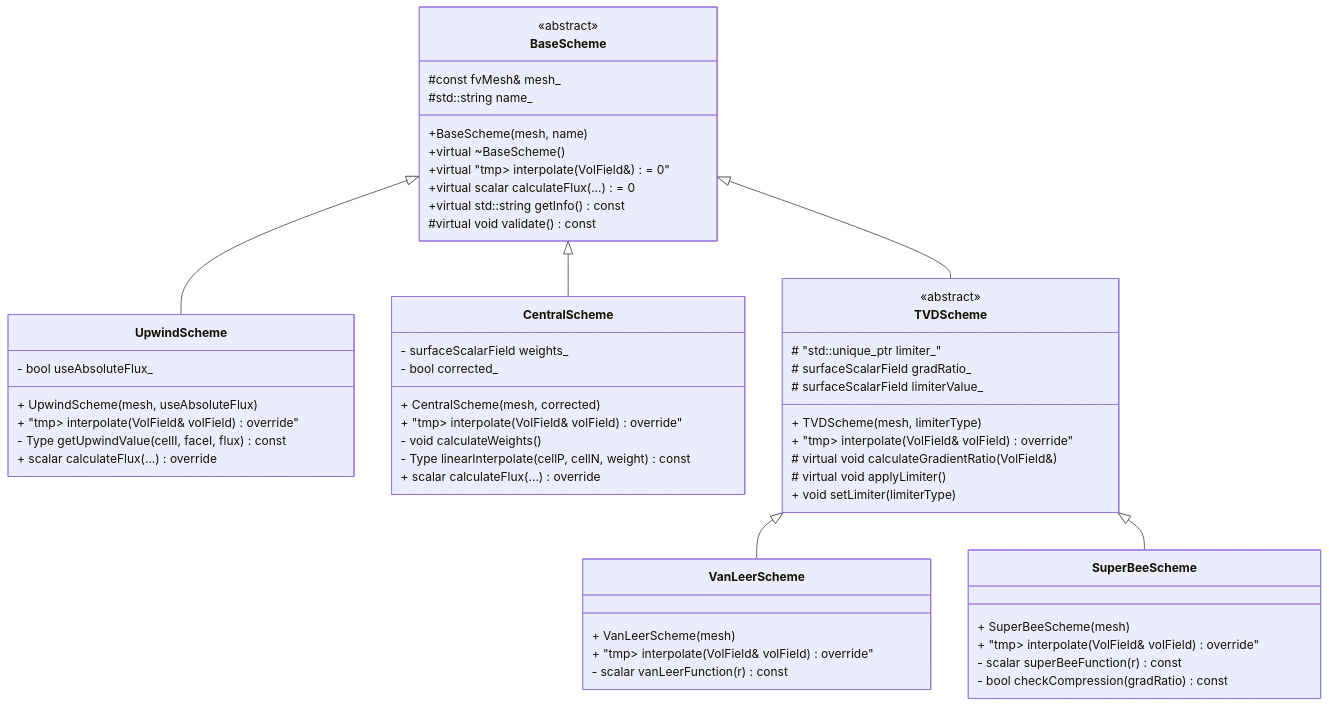
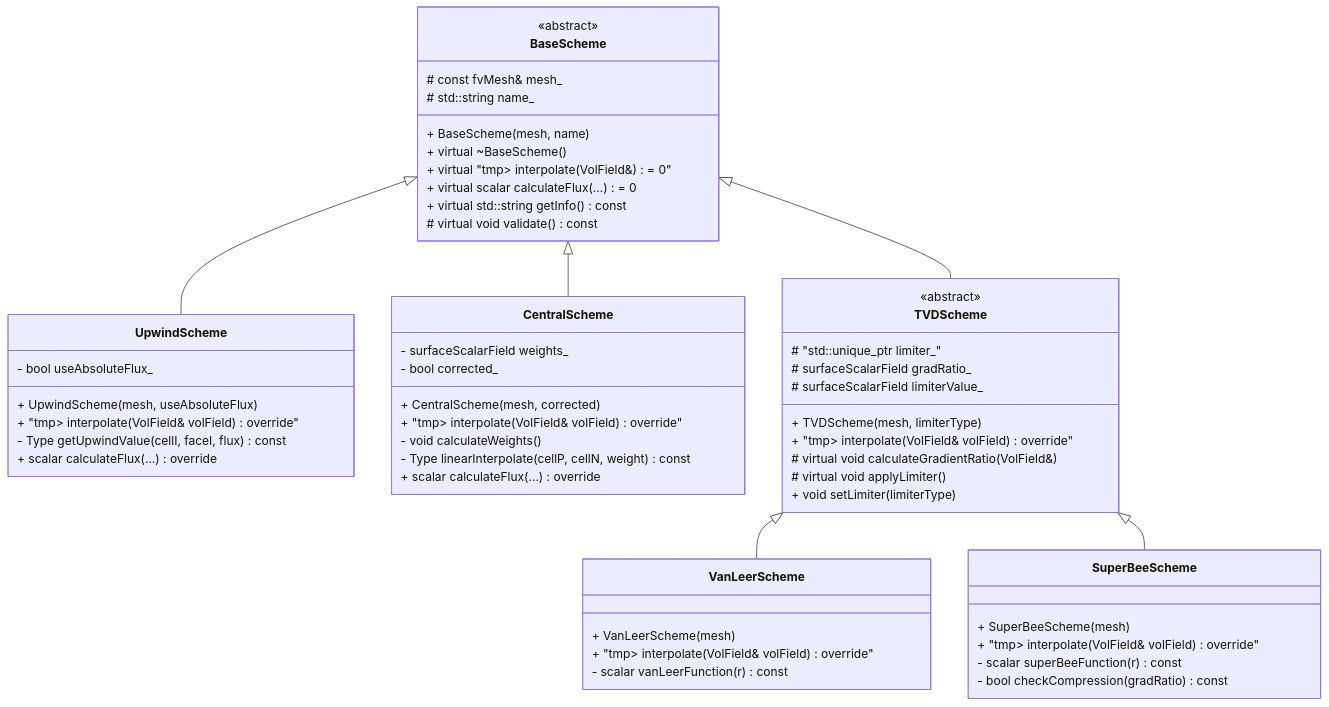
Before and after one commit to wramet/build-my-cfd: the second of 2 diagrams in daily_learning/2026-01-03.md, drawn with Mermaid. The commit also changed other lines of this file, not shown here.

Commit message:
Final syntax polish for Day 03: remove orphan backticks and standardize Mermaid spacing

````diff
--- a/daily_learning/2026-01-03.md
+++ b/daily_learning/2026-01-03.md
@@ -974,65 +974,65 @@
 ```mermaid
 classDiagram
     direction TB
     
     class BaseScheme {
         <<abstract>>
-        #const fvMesh& mesh_
-        #std::string name_
-        +BaseScheme(mesh, name)
-        +virtual ~BaseScheme()
-        +virtual "tmp<SurfaceField<Type>> interpolate(VolField<Type>&) = 0"
-        +virtual scalar calculateFlux(...) = 0
-        +virtual std::string getInfo() const
-        #virtual void validate() const
+        # const fvMesh& mesh_
+        # std::string name_
+        + BaseScheme(mesh, name)
+        + virtual ~BaseScheme()
+        + virtual "tmp<SurfaceField<Type>> interpolate(VolField<Type>&) = 0"
+        + virtual scalar calculateFlux(...) = 0
+        + virtual std::string getInfo() const
+        # virtual void validate() const
     }
     
     class UpwindScheme {
         - bool useAbsoluteFlux_
         + UpwindScheme(mesh, useAbsoluteFlux)
         + "tmp<SurfaceField<Type>> interpolate(VolField<Type>& volField) override"
         - Type getUpwindValue(cellI, faceI, flux) const
         + scalar calculateFlux(...) override
     }
     
     class CentralScheme {
         - surfaceScalarField weights_
         - bool corrected_
         + CentralScheme(mesh, corrected)
         + "tmp<SurfaceField<Type>> interpolate(VolField<Type>& volField) override"
         - void calculateWeights()
         - Type linearInterpolate(cellP, cellN, weight) const
         + scalar calculateFlux(...) override
     }
     
     class TVDScheme {
         <<abstract>>
         # "std::unique_ptr<TVDLimiter> limiter_"
         # surfaceScalarField gradRatio_
         # surfaceScalarField limiterValue_
         + TVDScheme(mesh, limiterType)
         + "tmp<SurfaceField<Type>> interpolate(VolField<Type>& volField) override"
         # virtual void calculateGradientRatio(VolField<Type>&)
         # virtual void applyLimiter()
         + void setLimiter(limiterType)
     }
     
     class VanLeerScheme {
         + VanLeerScheme(mesh)
         + "tmp<SurfaceField<Type>> interpolate(VolField<Type>& volField) override"
         - scalar vanLeerFunction(r) const
     }
     
     class SuperBeeScheme {
         + SuperBeeScheme(mesh)
         + "tmp<SurfaceField<Type>> interpolate(VolField<Type>& volField) override"
         - scalar superBeeFunction(r) const
         - bool checkCompression(gradRatio) const
     }
     
     BaseScheme <|-- UpwindScheme
     BaseScheme <|-- CentralScheme
     BaseScheme <|-- TVDScheme
     TVDScheme <|-- VanLeerScheme
     TVDScheme <|-- SuperBeeScheme
 ```
````
